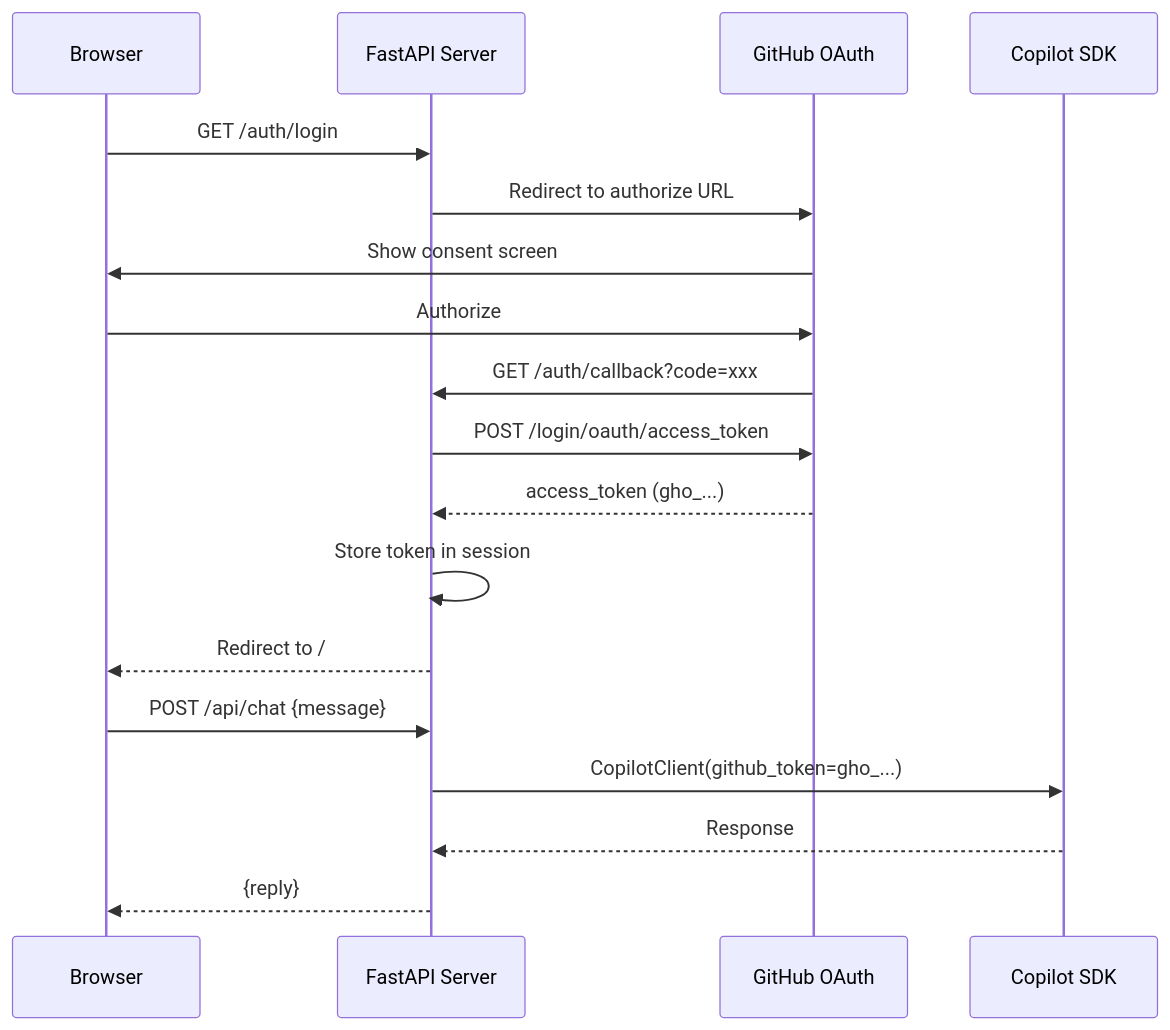
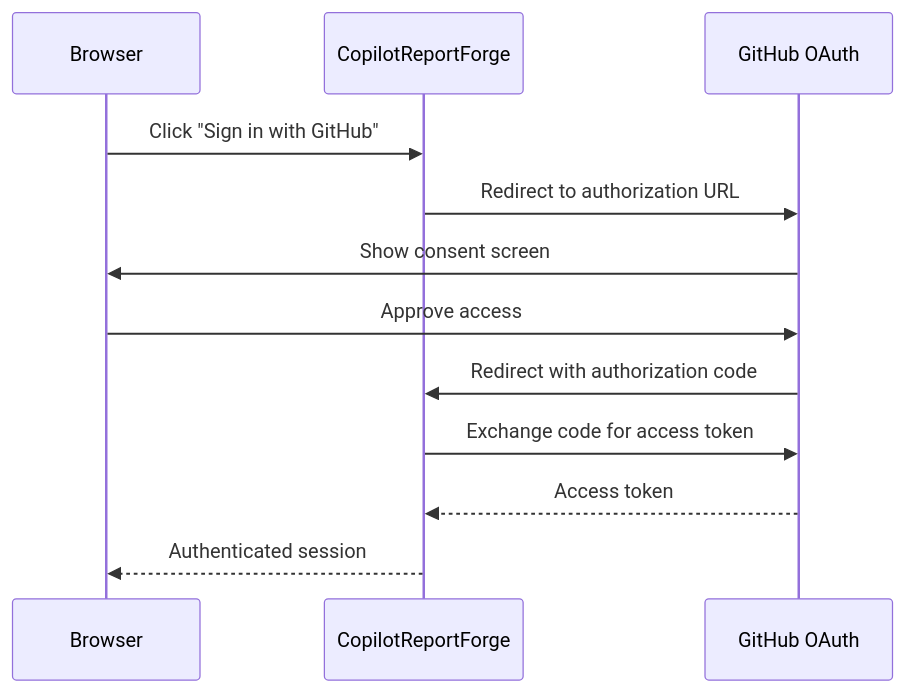
One commit to ks6088ts/template-github-copilot changed the diagram in docs/copilot_report_forge/github_oauth_app.md. Above: the diagram before and after it, drawn with Mermaid. The commit also changed other lines of this file and 14 other files, not shown here.

````diff
--- a/docs/copilot_report_forge/github_oauth_app.md
+++ b/docs/copilot_report_forge/github_oauth_app.md
@@ -28,22 +22,15 @@
 ```mermaid
 sequenceDiagram
     participant User as Browser
-    participant Server as FastAPI Server
+    participant App as CopilotReportForge
     participant GitHub as GitHub OAuth
-    participant Copilot as Copilot SDK
 
-    User->>Server: GET /auth/login
-    Server->>GitHub: Redirect to authorize URL
+    User->>App: Click "Sign in with GitHub"
+    App->>GitHub: Redirect to authorization URL
     GitHub->>User: Show consent screen
-    User->>GitHub: Authorize
-    GitHub->>Server: GET /auth/callback?code=xxx
-    Server->>GitHub: POST /login/oauth/access_token
-    GitHub-->>Server: access_token (gho_...)
-    Server->>Server: Store token in session
-    Server-->>User: Redirect to /
-
-    User->>Server: POST /api/chat {message}
-    Server->>Copilot: CopilotClient(github_token=gho_...)
-    Copilot-->>Server: Response
-    Server-->>User: {reply}
+    User->>GitHub: Approve access
+    GitHub->>App: Redirect with authorization code
+    App->>GitHub: Exchange code for access token
+    GitHub-->>App: Access token
+    App-->>User: Authenticated session
 ```
````
